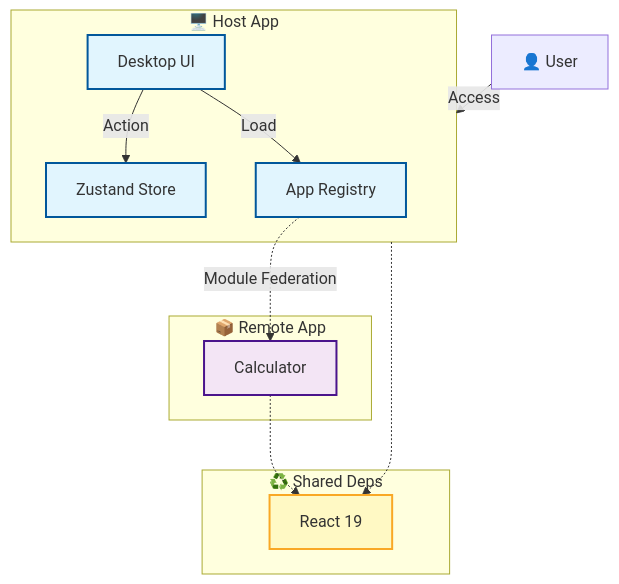
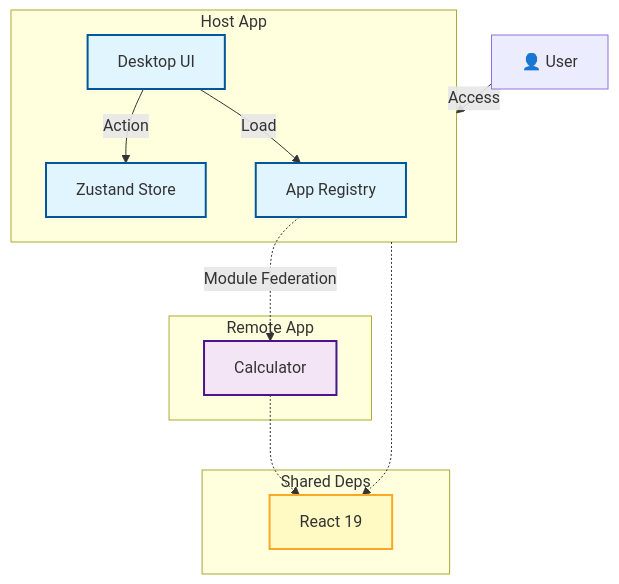
The diagram in README.md (KBH-js/proto), drawn with Mermaid before and after one commit. The commit also changed other lines of this file and 44 other files, not shown here.

````diff
--- a/README.md
+++ b/README.md
@@ -25,32 +16,32 @@
 ```mermaid
 graph TD
     classDef host fill:#e1f5fe,stroke:#01579b,stroke-width:2px
     classDef remote fill:#f3e5f5,stroke:#4a148c,stroke-width:2px
     classDef shared fill:#fff9c4,stroke:#f9a825,stroke-width:2px
 
     User["👤 User"] -->|Access| Host
 
-    subgraph Host ["🖥️ Host App"]
+    subgraph Host ["Host App"]
         Registry[App Registry]
         Store[Zustand Store]
         Desktop[Desktop UI]
         Desktop -->|Action| Store
         Desktop -->|Load| Registry
     end
 
-    subgraph Remote ["📦 Remote App"]
+    subgraph Remote ["Remote App"]
         Calc[Calculator]
     end
 
-    subgraph Shared ["♻️ Shared Deps"]
+    subgraph Shared ["Shared Deps"]
         ReactLib[React 19]
     end
 
     Registry -.->|Module Federation| Calc
     Host -.-> ReactLib
     Calc -.-> ReactLib
 
     class Registry,Store,Desktop host
     class Calc remote
     class ReactLib shared
 ```
````
